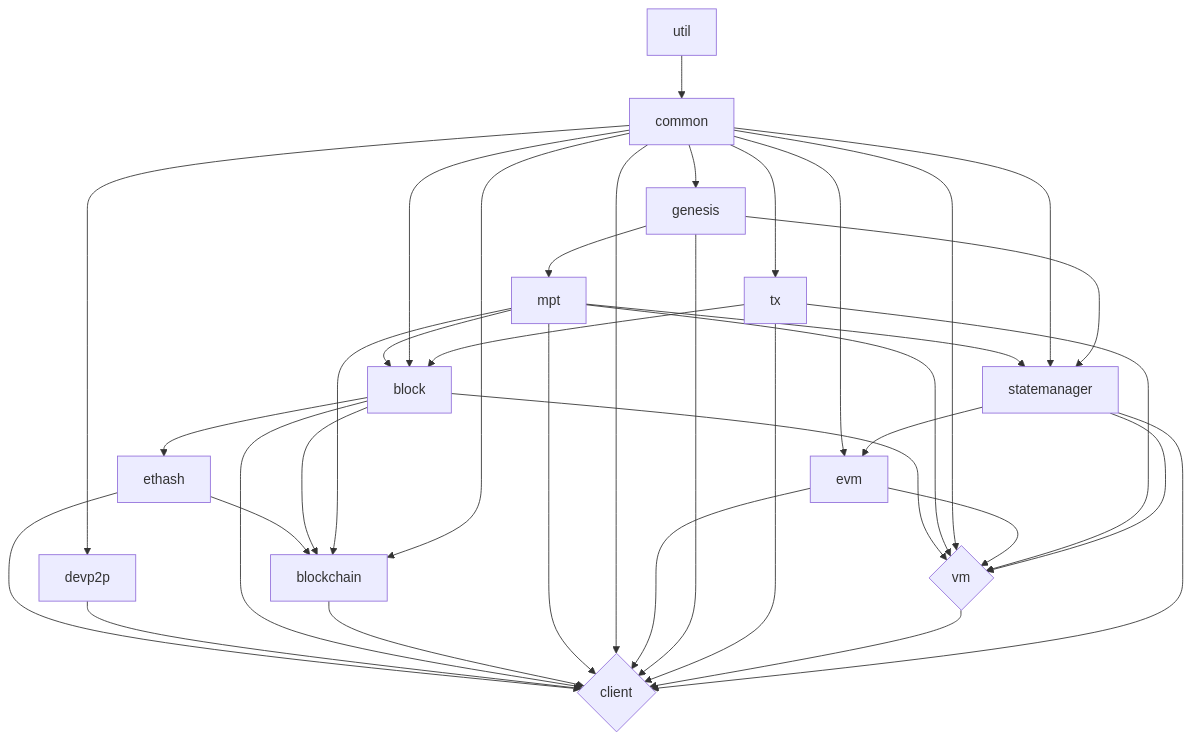
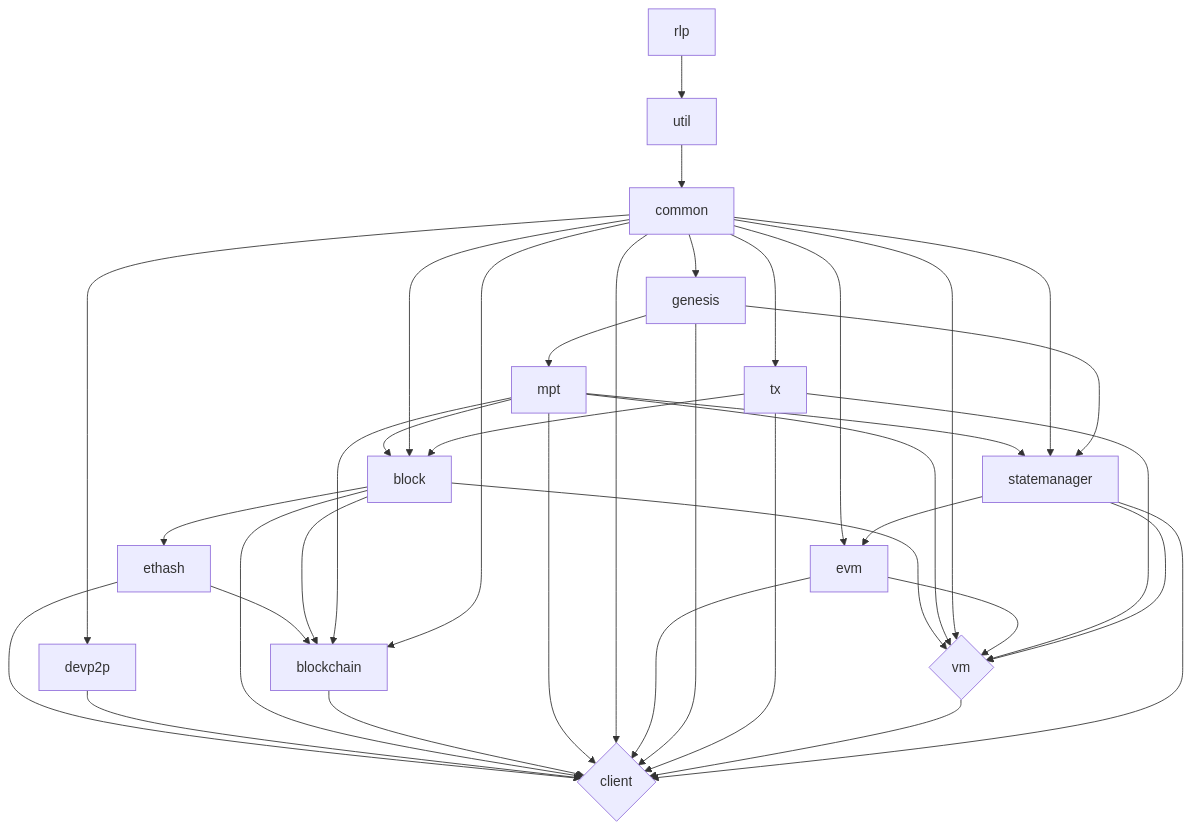
The diagram in README.md (ethereumjs/ethereumjs-monorepo), drawn with Mermaid before and after one commit.

Commit message:
rlp -> util dep

````diff
--- a/README.md
+++ b/README.md
@@ -64,40 +64,41 @@
 ```mermaid
  graph TD
    vm{vm}
    client{client}
    ethash --> blockchain
    ethash --> client
    devp2p --> client
    block --> client
    block --> blockchain
    block --> ethash
    block --> vm
    blockchain --> client
    mpt --> client
    mpt --> vm
    mpt --> blockchain
    mpt --> block
    mpt --> statemanager
    util --> common
    common --> block
    common --> statemanager
    common --> tx
    common --> blockchain
    common --> vm
    common --> evm
    common --> client
    common --> devp2p
    common --> genesis
    evm --> vm
    evm --> client
    genesis --> client
    genesis --> statemanager
    genesis --> mpt
    tx --> block
    tx --> vm
    tx --> client
    vm --> client
+   rlp --> util
    statemanager --> evm
    statemanager --> vm
    statemanager --> client
 ```
````
